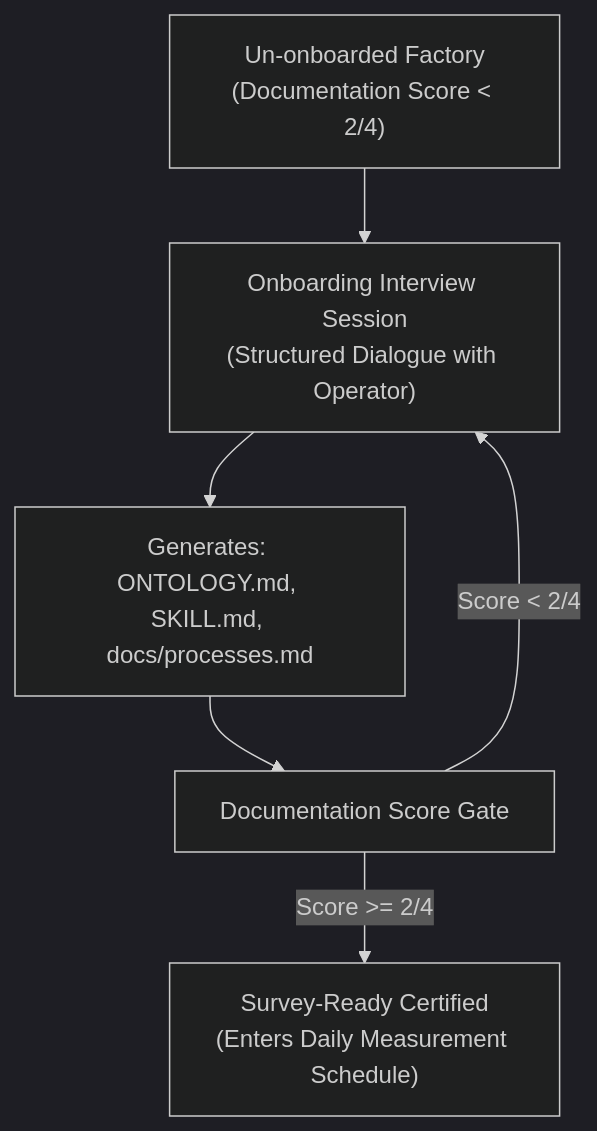
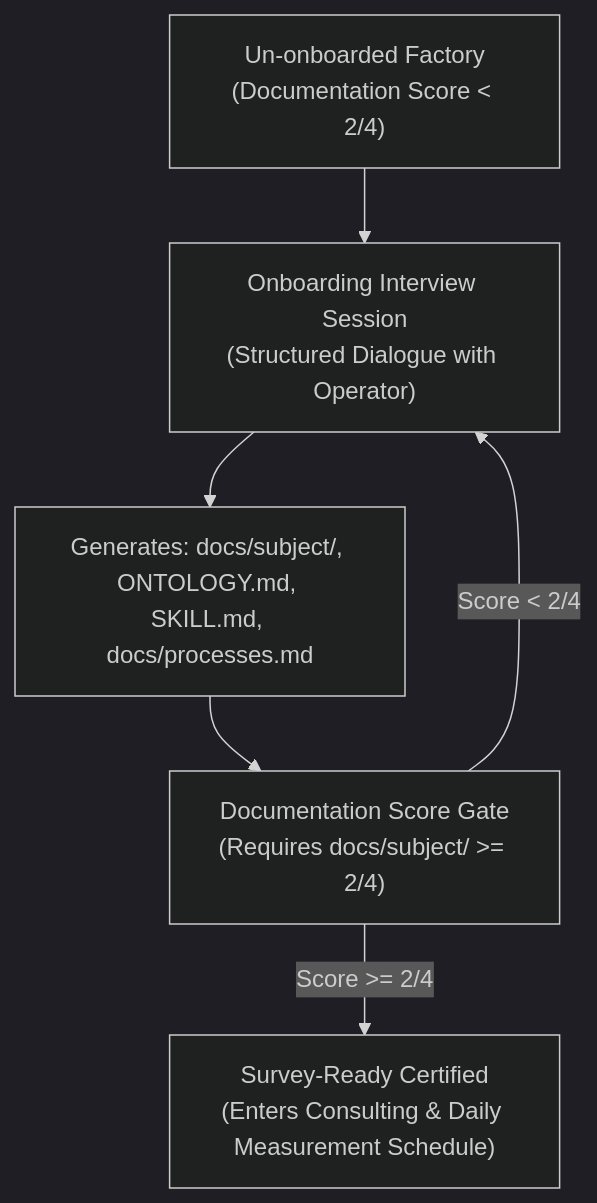
Before and after one commit to leshchenko1979/agent-factories: the diagram in docs/methodology/03-documentation-standards.md, drawn with Mermaid (dark theme). The commit also changed other lines of this file and 8 other files, not shown here.

Commit message:
feat(quality): codify Documentation family in quality criteria and gate consulting on subject matter docs (#20)

````diff
--- a/docs/methodology/03-documentation-standards.md
+++ b/docs/methodology/03-documentation-standards.md
@@ -31,9 +37,9 @@
 ```mermaid
 flowchart TD
     NewRepo["Un-onboarded Factory<br/>(Documentation Score < 2/4)"] --> Interview["Onboarding Interview Session<br/>(Structured Dialogue with Operator)"]
-    Interview --> DraftDocs["Generates: ONTOLOGY.md, SKILL.md, docs/processes.md"]
-    DraftDocs --> AuditDocs["Documentation Score Gate"]
+    Interview --> DraftDocs["Generates: docs/subject/, ONTOLOGY.md, SKILL.md, docs/processes.md"]
+    DraftDocs --> AuditDocs["Documentation Score Gate<br/>(Requires docs/subject/ >= 2/4)"]
     
     AuditDocs -->|Score < 2/4| Interview
-    AuditDocs -->|Score >= 2/4| Certified["Survey-Ready Certified<br/>(Enters Daily Measurement Schedule)"]
+    AuditDocs -->|Score >= 2/4| Certified["Survey-Ready Certified<br/>(Enters Consulting & Daily Measurement Schedule)"]
 ```
````
